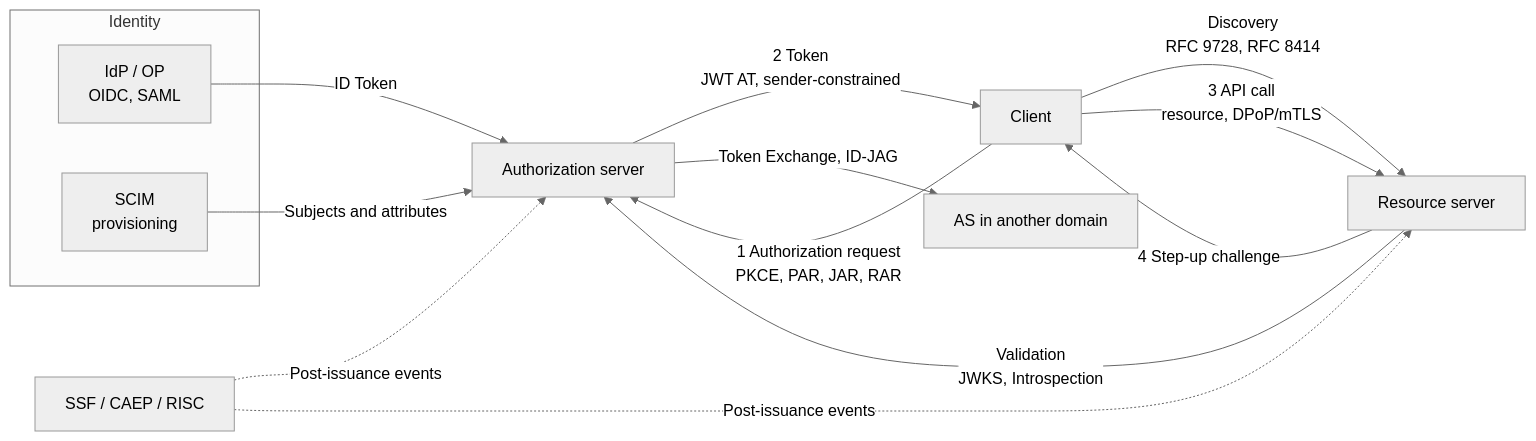
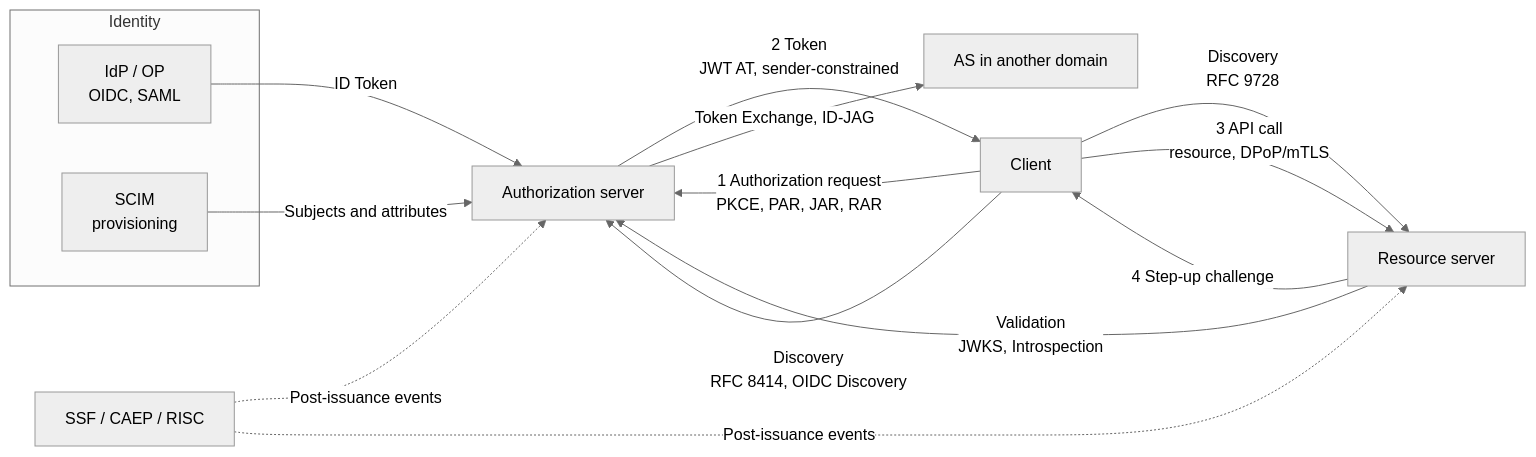
One commit to bmf-san/bmf-tech changed the first of 2 diagrams in content/en/posts/oauth-standards-map-authorization-platform.md. Above: the diagram before and after it, drawn with Mermaid (neutral theme). The commit also changed other lines of this file and 1 other file, not shown here.

First line of the commit message:
fix: OAuth 関連標準の地図の記事の図・PAR・SSF/CAEP/RISC の記述を一次資料に合わせる

````diff
--- a/content/en/posts/oauth-standards-map-authorization-platform.md
+++ b/content/en/posts/oauth-standards-map-authorization-platform.md
@@ -50,18 +50,19 @@
 ```mermaid
 flowchart LR
   subgraph ID["Identity"]
     IdP["IdP / OP<br/>OIDC, SAML"]
     SCIM["SCIM<br/>provisioning"]
   end
   C["Client"] -- "1 Authorization request<br/>PKCE, PAR, JAR, RAR" --> AS["Authorization server"]
-  C -- "Discovery<br/>RFC 9728, RFC 8414" --> RS["Resource server"]
+  C -- "Discovery<br/>RFC 9728" --> RS["Resource server"]
+  C -- "Discovery<br/>RFC 8414, OIDC Discovery" --> AS
   AS -- "2 Token<br/>JWT AT, sender-constrained" --> C
   C -- "3 API call<br/>resource, DPoP/mTLS" --> RS
   RS -- "Validation<br/>JWKS, Introspection" --> AS
   RS -- "4 Step-up challenge" --> C
   IdP -- "ID Token" --> AS
   SCIM -- "Subjects and attributes" --> AS
   T["SSF / CAEP / RISC"] -. "Post-issuance events" .-> AS
   T -. "Post-issuance events" .-> RS
   AS -- "Token Exchange, ID-JAG" --> AS2["AS in another domain"]
 ```
````
